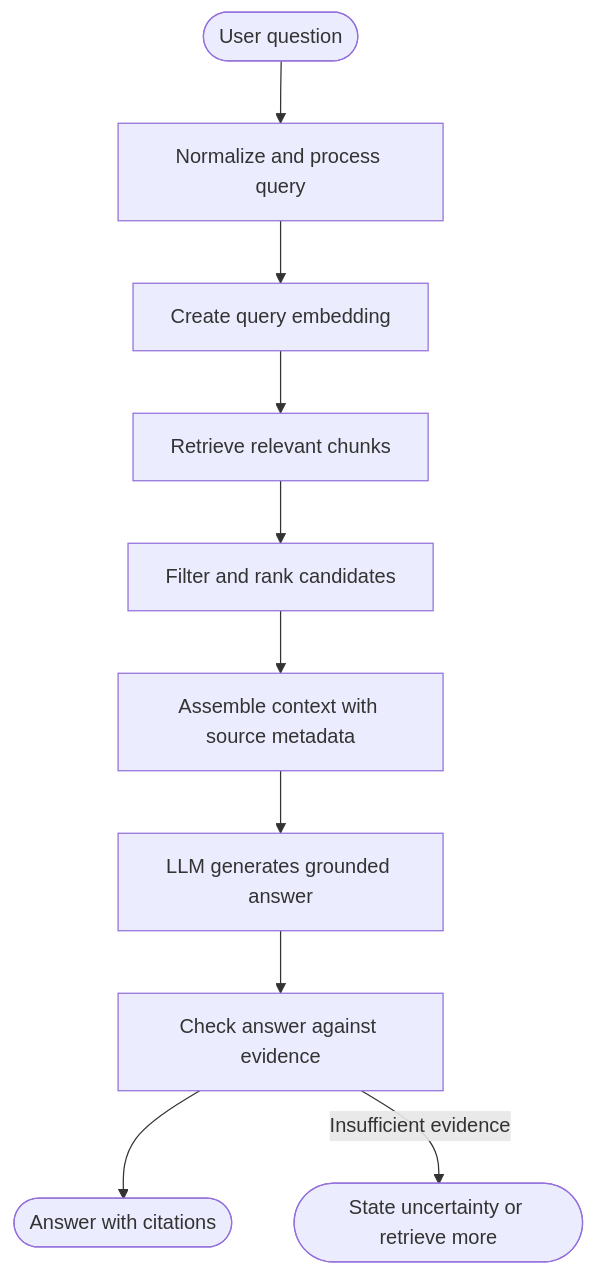
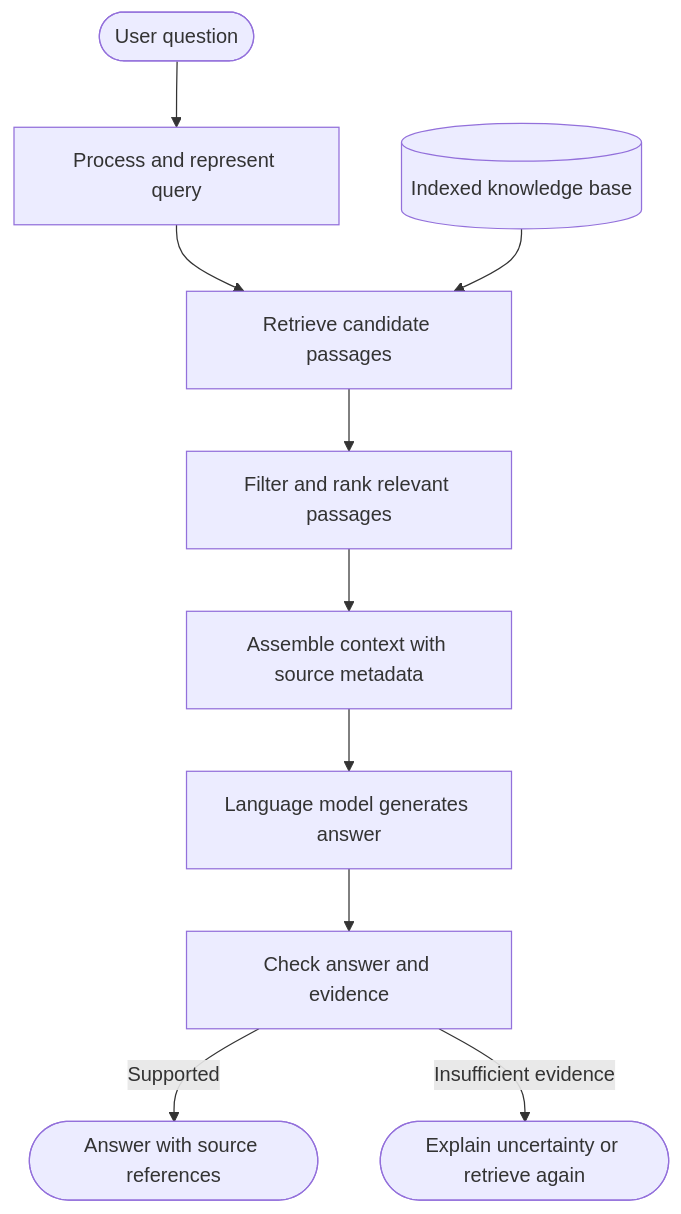
One commit to codergirl73/agentic-ai-system-design changed the first of 3 diagrams in MODULE_2_RAG_FUNDAMENTALS.md. Above: the diagram before and after it, drawn with Mermaid. The commit also changed other lines of this file, not shown here.

````diff
--- a/MODULE_2_RAG_FUNDAMENTALS.md
+++ b/MODULE_2_RAG_FUNDAMENTALS.md
@@ -9,12 +87,12 @@
 ```mermaid
 flowchart TD
-    Q([User question]) --> N[Normalize and process query]
-    N --> E[Create query embedding]
-    E --> R[Retrieve relevant chunks]
-    R --> F[Filter and rank candidates]
-    F --> C[Assemble context with source metadata]
-    C --> G[LLM generates grounded answer]
-    G --> V[Check answer against evidence]
-    V --> A([Answer with citations])
-    V -->|Insufficient evidence| U([State uncertainty or retrieve more])
+    Q(["User question"]) --> P["Process and represent query"]
+    P --> R["Retrieve candidate passages"]
+    R --> F["Filter and rank relevant passages"]
+    F --> C["Assemble context with source metadata"]
+    C --> L["Language model generates answer"]
+    L --> V["Check answer and evidence"]
+    V -->|Supported| A(["Answer with source references"])
+    V -->|Insufficient evidence| U(["Explain uncertainty or retrieve again"])
+    K[("Indexed knowledge base")] --> R
 ```
````
